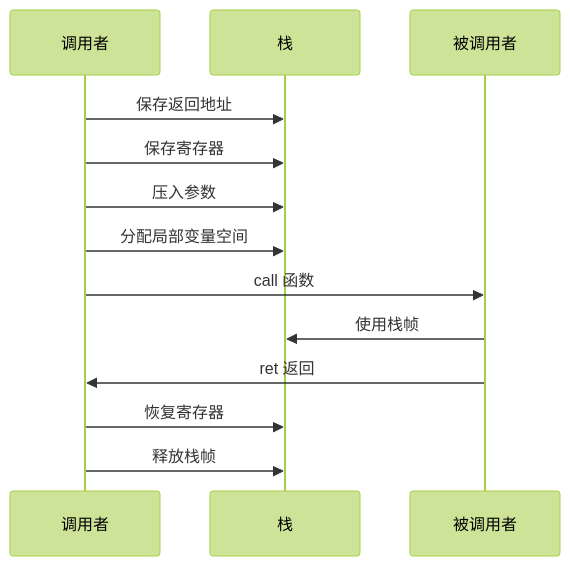
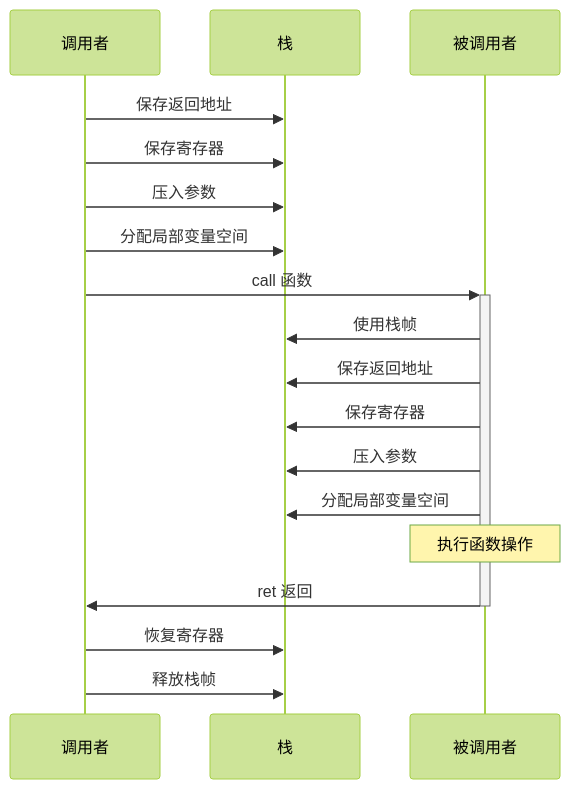
One commit to djaigoo/blog changed diagram 12 of 13 in _posts/golang/栈.md. Above: the diagram before and after it, drawn with Mermaid (forest theme). The commit also changed 109 other files, not shown here.

````diff
--- a/_posts/golang/栈.md
+++ b/_posts/golang/栈.md
@@ -1094,16 +1094,21 @@
 ```mermaid
 sequenceDiagram
     participant 调用者
     participant 栈
     participant 被调用者
     
     调用者->>栈: 保存返回地址
     调用者->>栈: 保存寄存器
     调用者->>栈: 压入参数
     调用者->>栈: 分配局部变量空间
-    调用者->>被调用者: call 函数
+    调用者->>+被调用者: call 函数
     被调用者->>栈: 使用栈帧
-    被调用者->>调用者: ret 返回
+    被调用者->>栈: 保存返回地址
+    被调用者->>栈: 保存寄存器
+    被调用者->>栈: 压入参数
+    被调用者->>栈: 分配局部变量空间
+    Note over 被调用者: 执行函数操作
+    被调用者->>-调用者: ret 返回
     调用者->>栈: 恢复寄存器
     调用者->>栈: 释放栈帧
 ```
````
